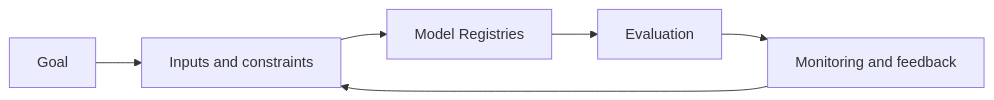
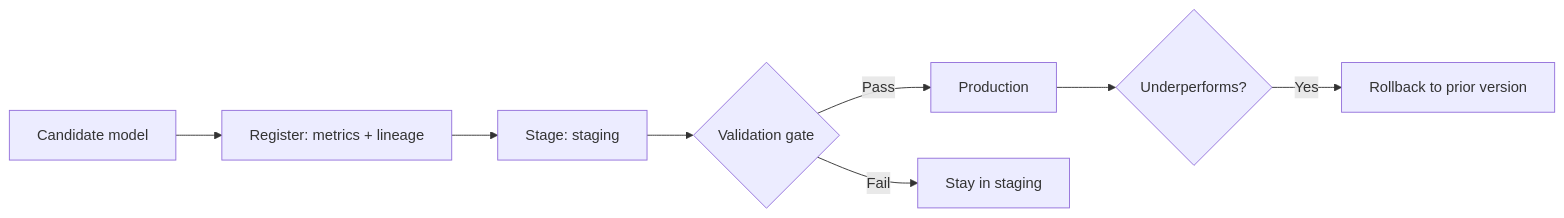
One commit to Icon1cc/Machine-Learning changed the diagram in mlops/06-model-registries.md. Above: the diagram before and after it, drawn with Mermaid. The commit also changed other lines of this file and 118 other files, not shown here.

````diff
--- a/mlops/06-model-registries.md
+++ b/mlops/06-model-registries.md
@@ -93,8 +71,10 @@
 ```mermaid
 flowchart LR
-    A[Goal] --> B[Inputs and constraints]
-    B --> C[Model Registries]
-    C --> D[Evaluation]
-    D --> E[Monitoring and feedback]
-    E --> B
+    A[Candidate model] --> B[Register: metrics + lineage]
+    B --> C[Stage: staging]
+    C --> D{Validation gate}
+    D -- Pass --> E[Production]
+    D -- Fail --> F[Stay in staging]
+    E --> G{Underperforms?}
+    G -- Yes --> H[Rollback to prior version]
 ```
````
